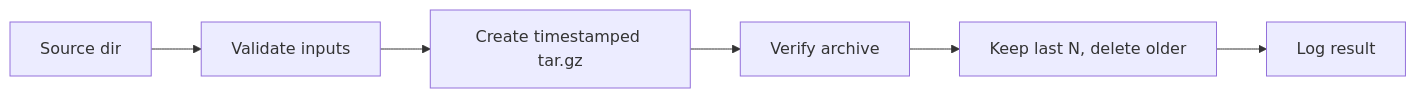
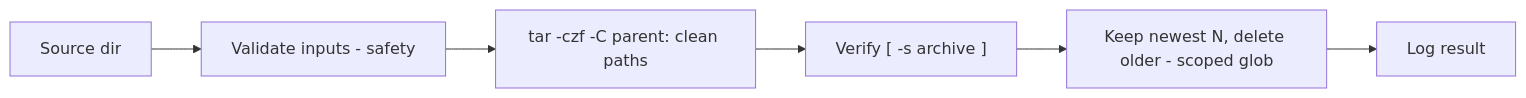
The diagram in 10-shell-scripting/backup-script-example.md (cloud-prakhar/learning-linux), drawn with Mermaid before and after one commit. The commit also changed other lines of this file and 69 other files, not shown here.

````diff
--- a/10-shell-scripting/backup-script-example.md
+++ b/10-shell-scripting/backup-script-example.md
@@ -30,8 +37,8 @@
 ```mermaid
 flowchart LR
-    Src[Source dir] --> Validate[Validate inputs]
-    Validate --> Tar[Create timestamped tar.gz]
-    Tar --> Verify[Verify archive]
-    Verify --> Prune[Keep last N, delete older]
+    Src[Source dir] --> Validate[Validate inputs - safety]
+    Validate --> Tar[tar -czf -C parent: clean paths]
+    Tar --> Verify["Verify [ -s archive ]"]
+    Verify --> Prune[Keep newest N, delete older - scoped glob]
     Prune --> Log[Log result]
 ```
````
